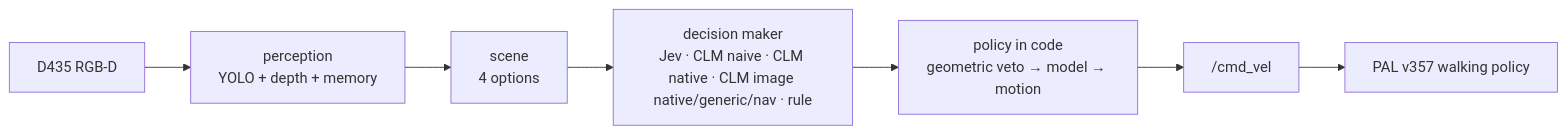
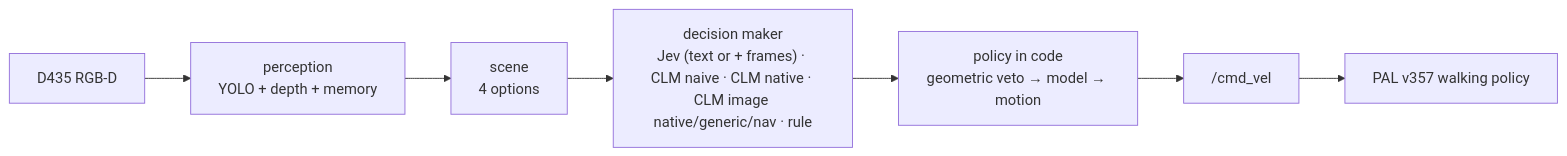
Before and after one commit to OscarMrZ/kangaroo-jev: the diagram in REPORT.md, drawn with Mermaid. The commit also changed other lines of this file and 7 other files, not shown here.

First line of the commit message:
Jev 1.14 with camera frames: report and figures (90 episodes)

````diff
--- a/REPORT.md
+++ b/REPORT.md
@@ -60,8 +77,8 @@
 ```mermaid
 flowchart LR
     cam["D435 RGB-D"] --> per["perception<br/>YOLO + depth + memory"]
     per --> scene["scene<br/>4 options"]
-    scene --> dm["decision maker<br/>Jev · CLM naive · CLM native · CLM image native/generic/nav · rule"]
+    scene --> dm["decision maker<br/>Jev (text or + frames) · CLM naive · CLM native · CLM image native/generic/nav · rule"]
     dm --> pol["policy in code<br/>geometric veto → model → motion"]
     pol --> cmd["/cmd_vel"] --> loco["PAL v357 walking policy"]
 ```
````
